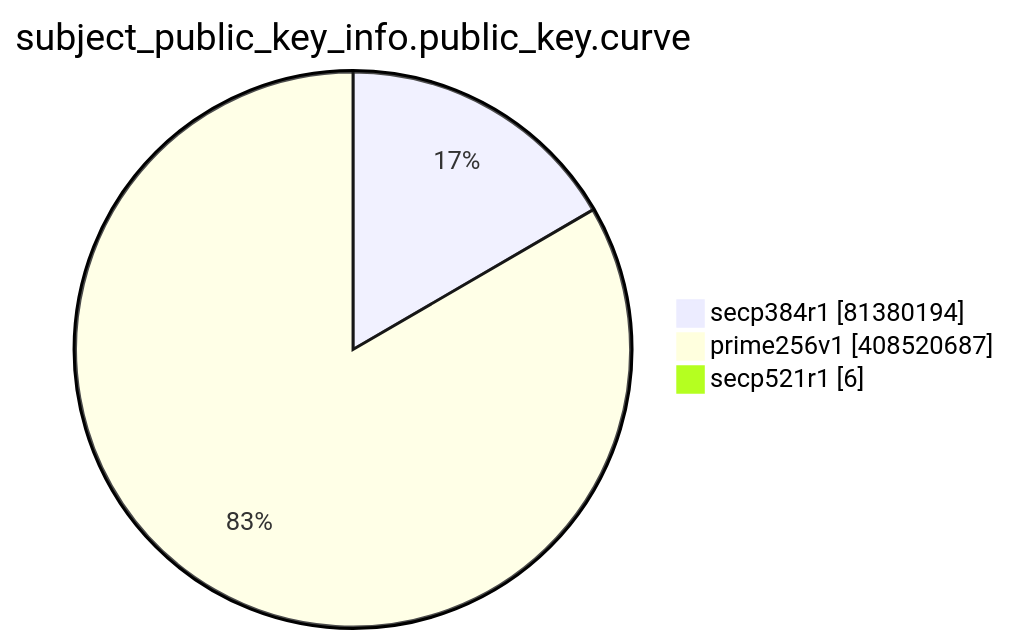
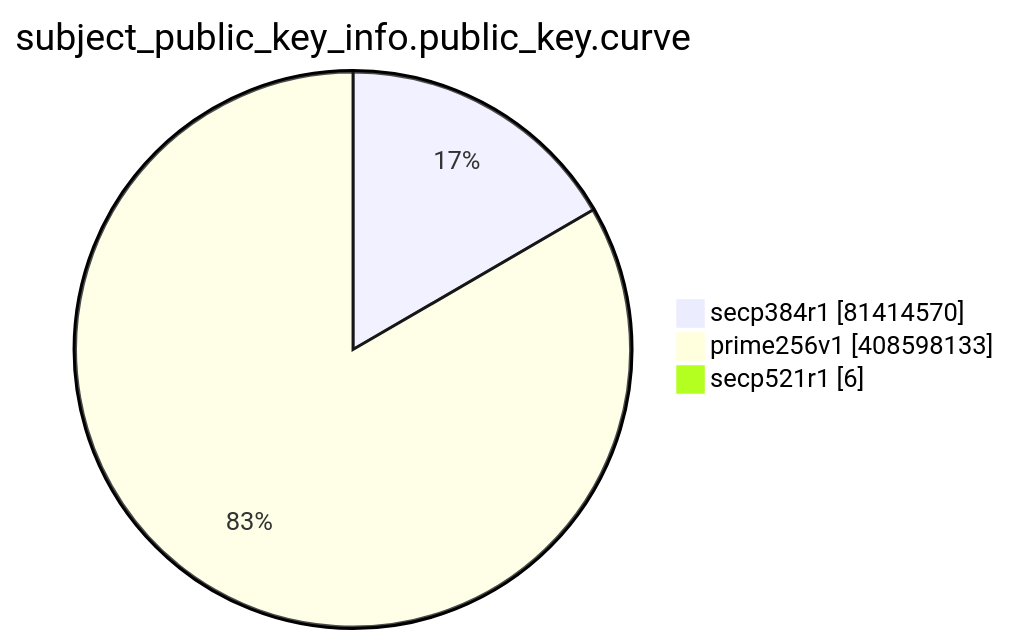
One commit to christiankrug/ctmonitor_visualization changed the eighth of 15 diagrams in TOTAL/README.md. Above: the diagram before and after it, drawn with Mermaid. The commit also changed other lines of this file, not shown here.

````diff
--- a/TOTAL/README.md
+++ b/TOTAL/README.md
@@ -3096,7 +3096,7 @@
 ```mermaid
 pie showData
 title subject_public_key_info.public_key.curve
-"secp384r1" :81380194
-"prime256v1" :408520687
+"secp384r1" :81414570
+"prime256v1" :408598133
 "secp521r1" :6
 ```
````
